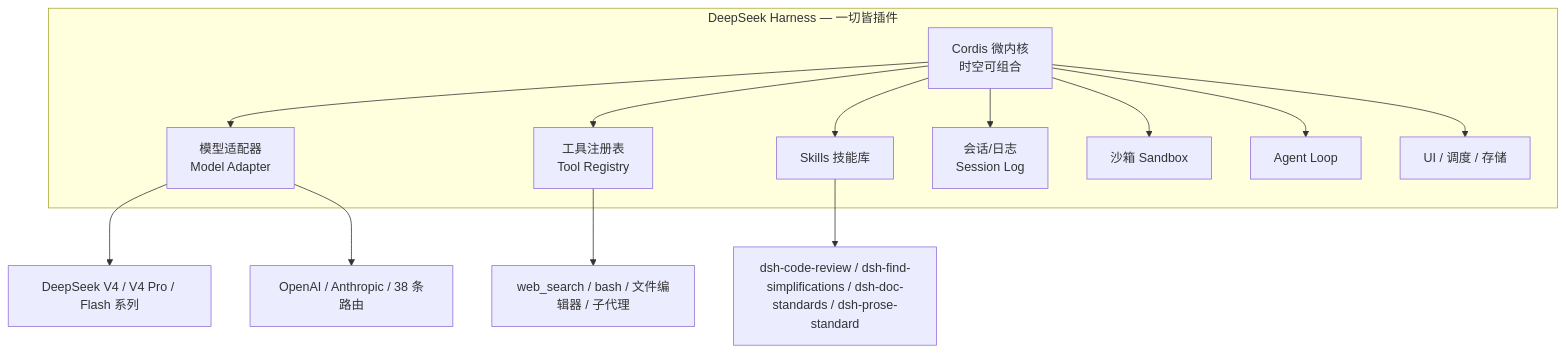
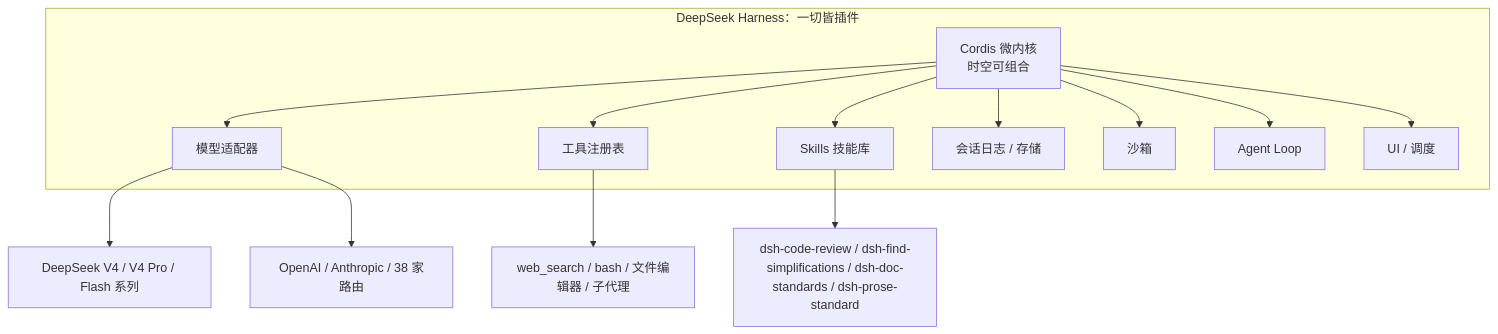
Before and after one commit to Hash-dogs/hexo-blog: the first of 2 diagrams in source/_posts/deepseek-harness-open-source-update-history.md, drawn with Mermaid. The commit also changed other lines of this file, not shown here.

Commit message:
feat: 发布新博文「DeepSeek Harness 开源 12 天五版：一切皆插件的 Agent 执行层重构」

````diff
--- a/source/_posts/deepseek-harness-open-source-update-history.md
+++ b/source/_posts/deepseek-harness-open-source-update-history.md
@@ -95,16 +66,16 @@
 ```mermaid
 graph TD
-    subgraph "DeepSeek Harness — 一切皆插件"
-        C["Cordis 微内核<br/>时空可组合"] --> M["模型适配器<br/>Model Adapter"]
-        C --> T["工具注册表<br/>Tool Registry"]
+    subgraph "DeepSeek Harness：一切皆插件"
+        C["Cordis 微内核<br/>时空可组合"] --> M["模型适配器"]
+        C --> T["工具注册表"]
         C --> S["Skills 技能库"]
-        C --> L["会话/日志<br/>Session Log"]
-        C --> SB["沙箱 Sandbox"]
+        C --> L["会话日志 / 存储"]
+        C --> SB["沙箱"]
         C --> LP["Agent Loop"]
-        C --> U["UI / 调度 / 存储"]
+        C --> U["UI / 调度"]
     end
     M --> M1["DeepSeek V4 / V4 Pro / Flash 系列"]
-    M --> M2["OpenAI / Anthropic / 38 条路由"]
+    M --> M2["OpenAI / Anthropic / 38 家路由"]
     T --> T1["web_search / bash / 文件编辑器 / 子代理"]
     S --> S1["dsh-code-review / dsh-find-simplifications / dsh-doc-standards / dsh-prose-standard"]
 ```
````
